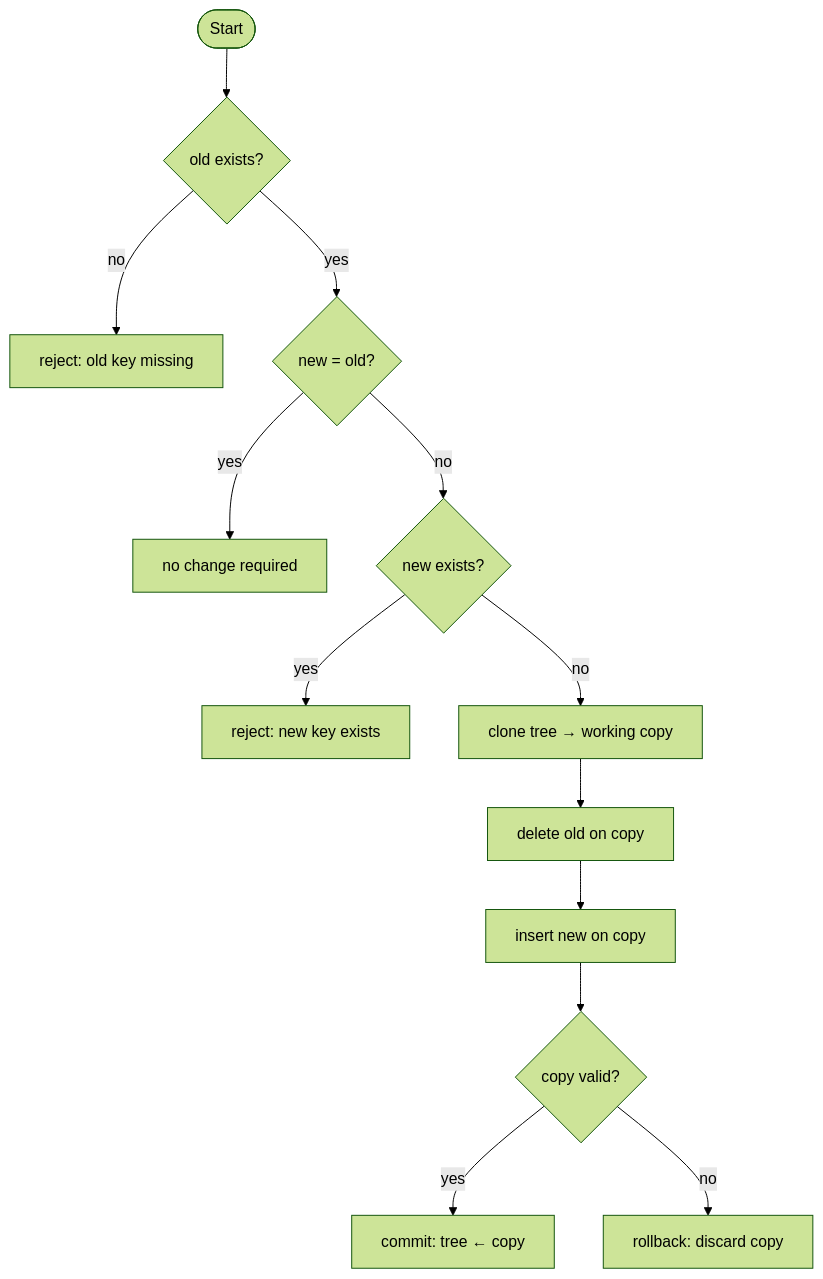
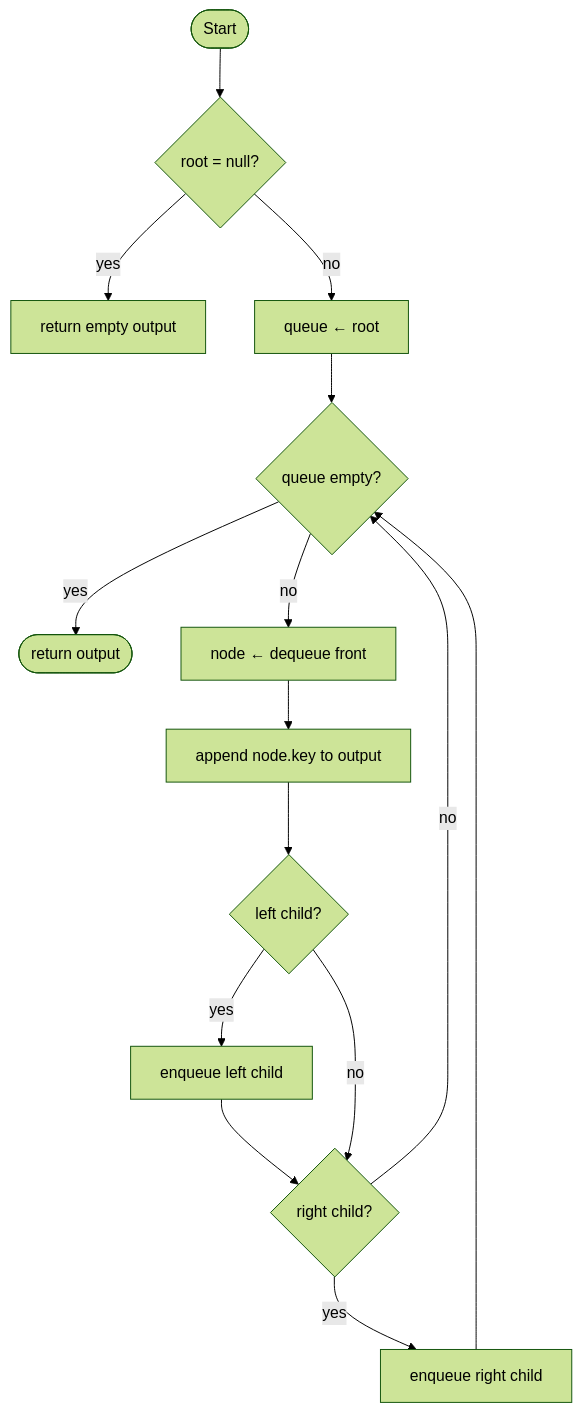
Before and after one commit to AlanGilchrist/VisualDSA: the fourth of 4 diagrams in docs/PROJECT_REPORT.md, drawn with Mermaid (forest theme). The commit also changed other lines of this file and 55 other files, not shown here.

````diff
--- a/docs/PROJECT_REPORT.md
+++ b/docs/PROJECT_REPORT.md
@@ -401,15 +403,15 @@
 ```mermaid
 flowchart TD
-    S([Start]) --> A{old exists?}
-    A -- no --> R1[reject: old key missing]
-    A -- yes --> B{new = old?}
-    B -- yes --> N1[no change required]
-    B -- no --> C{new exists?}
-    C -- yes --> R2[reject: new key exists]
-    C -- no --> D[clone tree → working copy]
-    D --> E[delete old on copy]
-    E --> F[insert new on copy]
-    F --> G{copy valid?}
-    G -- yes --> H[commit: tree ← copy]
-    G -- no --> I[rollback: discard copy]
+    S([Start]) --> E{root = null?}
+    E -- yes --> R0[return empty output]
+    E -- no --> I[queue ← root]
+    I --> Q{queue empty?}
+    Q -- yes --> D([return output])
+    Q -- no --> DQ[node ← dequeue front]
+    DQ --> O[append node.key to output]
+    O --> L{left child?}
+    L -- yes --> EL[enqueue left child] --> RC{right child?}
+    L -- no --> RC
+    RC -- yes --> ER[enqueue right child] --> Q
+    RC -- no --> Q
 ```
````
